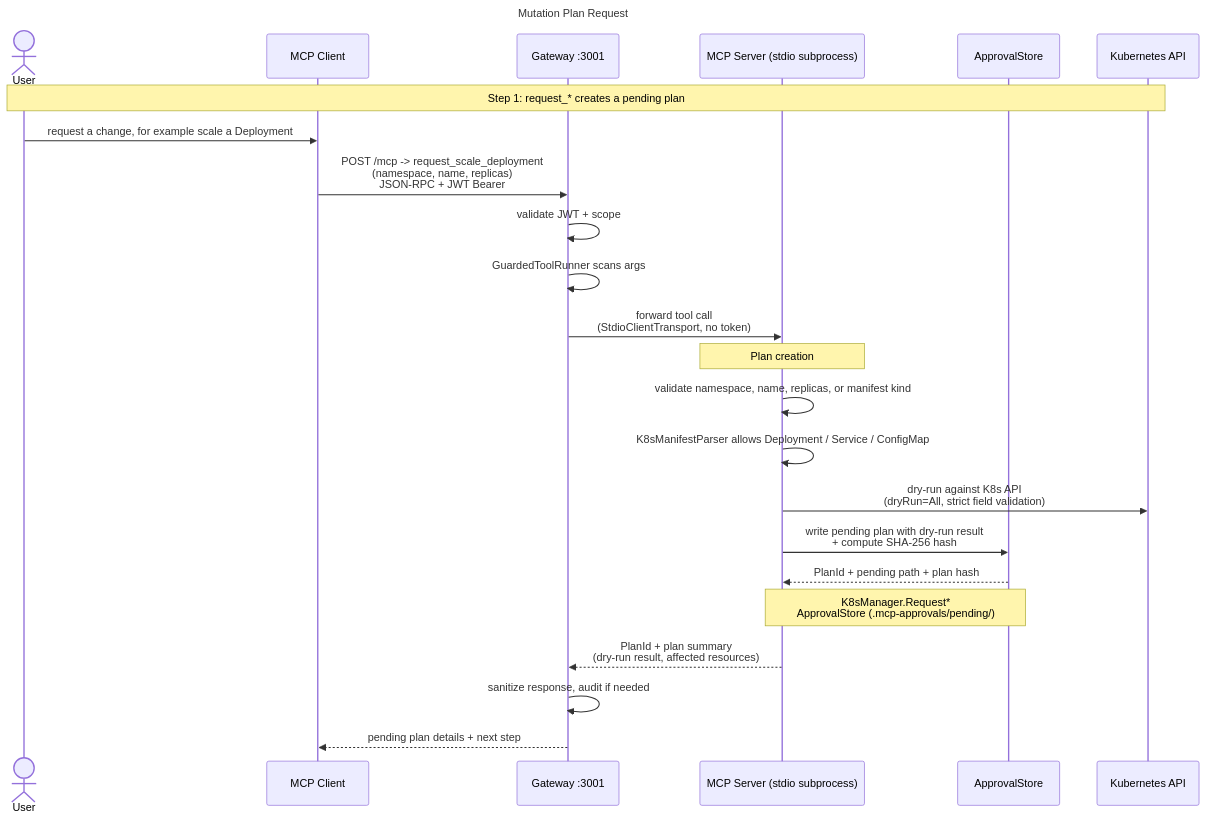
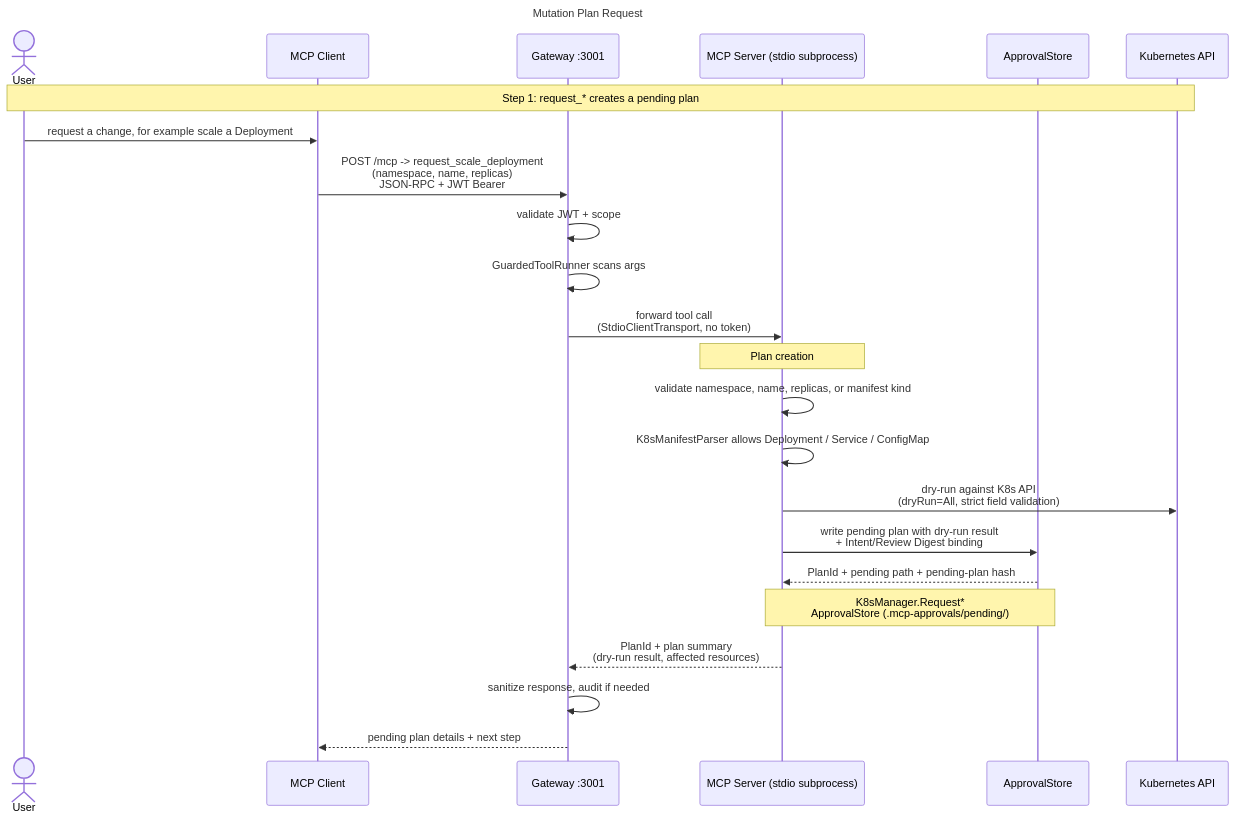
The fourth of 7 diagrams in docs/architecture.md (mirusser/Kubernetes-MCP-Guard), drawn with Mermaid before and after one commit. The commit also changed other lines of this file and 53 other files, not shown here.

````diff
--- a/docs/architecture.md
+++ b/docs/architecture.md
@@ -172,33 +172,33 @@
 ```mermaid
 ---
 title: Mutation Plan Request
 ---
 sequenceDiagram
     actor User
     participant Client as MCP Client
     participant GW as Gateway :3001
     participant Svr as MCP Server (stdio subprocess)
     participant Store as ApprovalStore
     participant K8s as Kubernetes API
 
     Note over User,K8s: Step 1: request_* creates a pending plan
 
     User->>Client: request a change, for example scale a Deployment
     Client->>GW: POST /mcp -> request_scale_deployment<br/>(namespace, name, replicas)<br/>JSON-RPC + JWT Bearer
 
     GW->>GW: validate JWT + scope
     GW->>GW: GuardedToolRunner scans args
     GW->>Svr: forward tool call<br/>(StdioClientTransport, no token)
 
     Note over Svr: Plan creation
     Svr->>Svr: validate namespace, name, replicas, or manifest kind
     Svr->>Svr: K8sManifestParser allows Deployment / Service / ConfigMap
     Svr->>K8s: dry-run against K8s API<br/>(dryRun=All, strict field validation)
-    Svr->>Store: write pending plan with dry-run result<br/>+ compute SHA-256 hash
-    Store-->>Svr: PlanId + pending path + plan hash
+    Svr->>Store: write pending plan with dry-run result<br/>+ Intent/Review Digest binding
+    Store-->>Svr: PlanId + pending path + pending-plan hash
     Note over Svr,Store: K8sManager.Request*<br/>ApprovalStore (.mcp-approvals/pending/)
     Svr-->>GW: PlanId + plan summary<br/>(dry-run result, affected resources)
 
     GW->>GW: sanitize response, audit if needed
     GW-->>Client: pending plan details + next step
 ```
````
